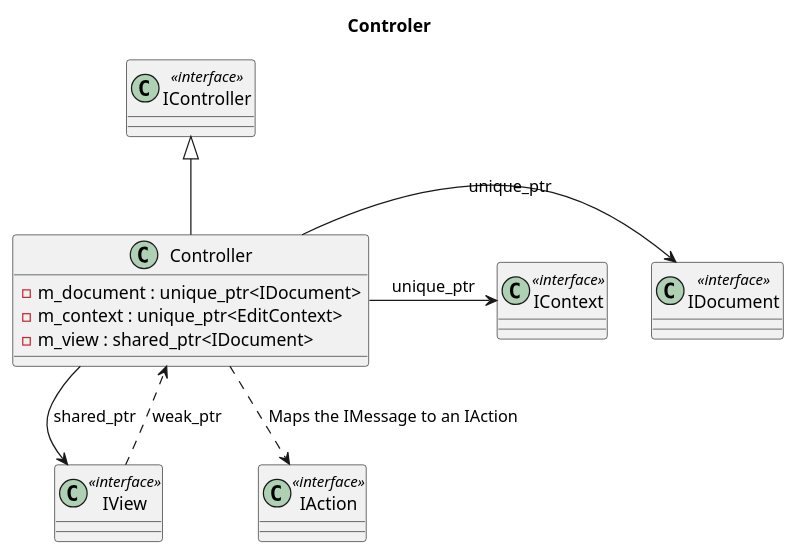
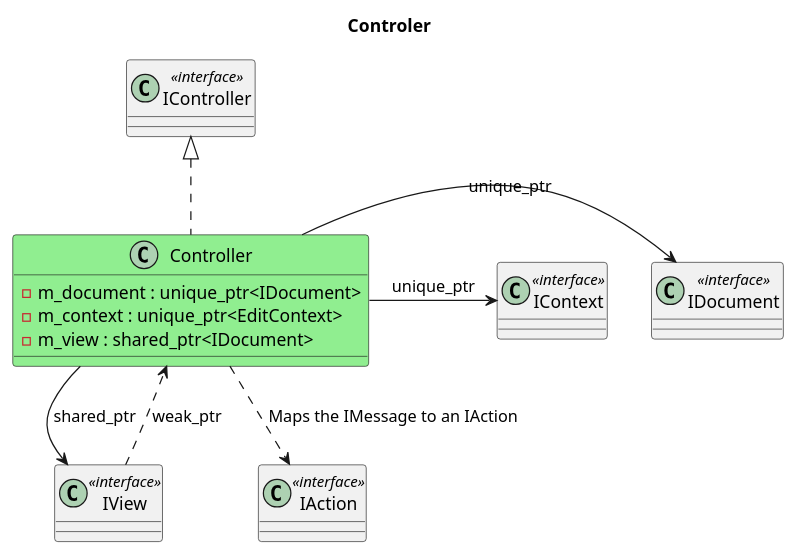
The diagram in Editor/plant_uml/controller.puml (CheskisVladimir/otus-2025), drawn with PlantUML before and after one commit. The commit also changed 3 other files, not shown here.

```diff
--- a/Editor/plant_uml/controller.puml
+++ b/Editor/plant_uml/controller.puml
@@ -1,50 +1,50 @@
 @startuml
 
 title Controler
 
 class IController <<interface>> {
 }
 
-class Controller {
+class Controller #LightGreen {
   - m_document : unique_ptr<IDocument>
   - m_context : unique_ptr<EditContext>
   - m_view : shared_ptr<IDocument>
 }
 
 class IView <<interface>> {
  
 }
 
 class IDocument <<interface>> {
  
 }
 
 class IContext <<interface>> {
  
 }
 
 class IAction <<interface>> {
  
 }
 
 
 
 
 Controller --> IView : shared_ptr
 IView ..> Controller : weak_ptr
-IController <|-- Controller
+IController <|.. Controller
 Controller -> IDocument : unique_ptr
 Controller -> IContext : unique_ptr
 Controller ..> IAction : Maps the IMessage to an IAction 
 
 'class AddPrimitiveAction {}
 'class RemovePrimitiveAction {}
 'class CompositeAction {}
 
 'IAction <|-- AddPrimitiveAction
 'IAction <|-- RemovePrimitiveAction
 'IAction <|-- CompositeAction
 
 
 
 @enduml
```
